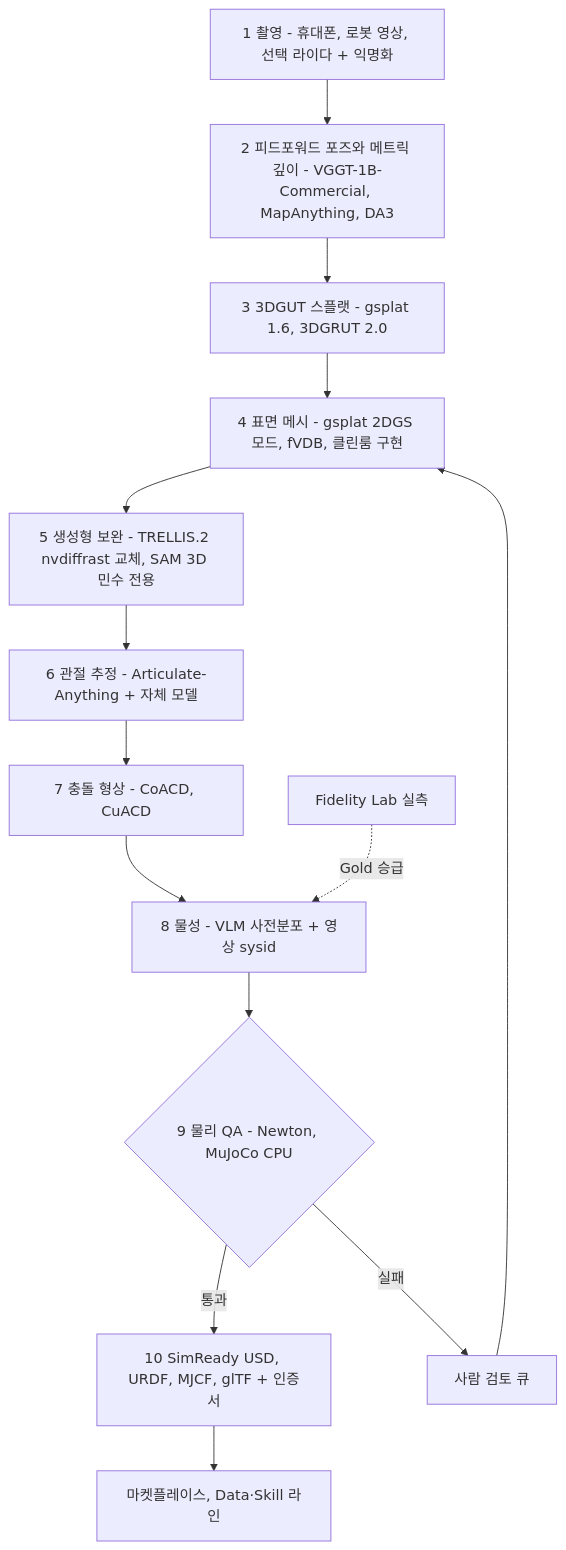
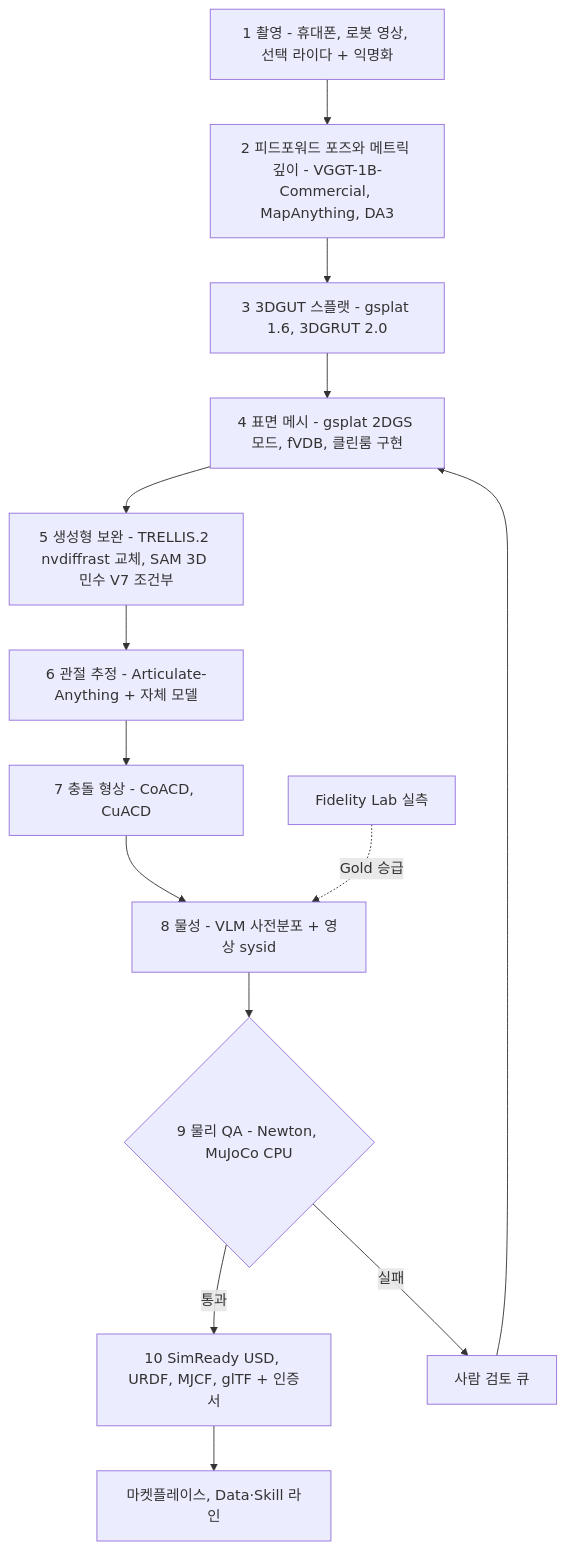
One commit to ouremployeeces-ship-it/AIResearch changed the sixth of 12 diagrams in docs/digital-twin-platform/05-physics-and-realism.md. Above: the diagram before and after it, drawn with Mermaid. The commit also changed other lines of this file and 14 other files, not shown here.

````diff
--- a/docs/digital-twin-platform/05-physics-and-realism.md
+++ b/docs/digital-twin-platform/05-physics-and-realism.md
@@ -596,16 +638,16 @@
 ```mermaid
 flowchart TD
     S1["1 촬영 - 휴대폰, 로봇 영상, 선택 라이다 + 익명화"] --> S2["2 피드포워드 포즈와 메트릭 깊이 - VGGT-1B-Commercial, MapAnything, DA3"]
     S2 --> S3["3 3DGUT 스플랫 - gsplat 1.6, 3DGRUT 2.0"]
     S3 --> S4["4 표면 메시 - gsplat 2DGS 모드, fVDB, 클린룸 구현"]
-    S4 --> S5["5 생성형 보완 - TRELLIS.2 nvdiffrast 교체, SAM 3D 민수 전용"]
+    S4 --> S5["5 생성형 보완 - TRELLIS.2 nvdiffrast 교체, SAM 3D 민수 V7 조건부"]
     S5 --> S6["6 관절 추정 - Articulate-Anything + 자체 모델"]
     S6 --> S7["7 충돌 형상 - CoACD, CuACD"]
     S7 --> S8["8 물성 - VLM 사전분포 + 영상 sysid"]
     S8 --> S9{"9 물리 QA - Newton, MuJoCo CPU"}
     S9 -->|"통과"| S10["10 SimReady USD, URDF, MJCF, glTF + 인증서"]
     S9 -->|"실패"| HR["사람 검토 큐"]
     HR --> S4
     S10 --> MK["마켓플레이스, Data·Skill 라인"]
     LAB["Fidelity Lab 실측"] -.->|"Gold 승급"| S8
 ```
````
